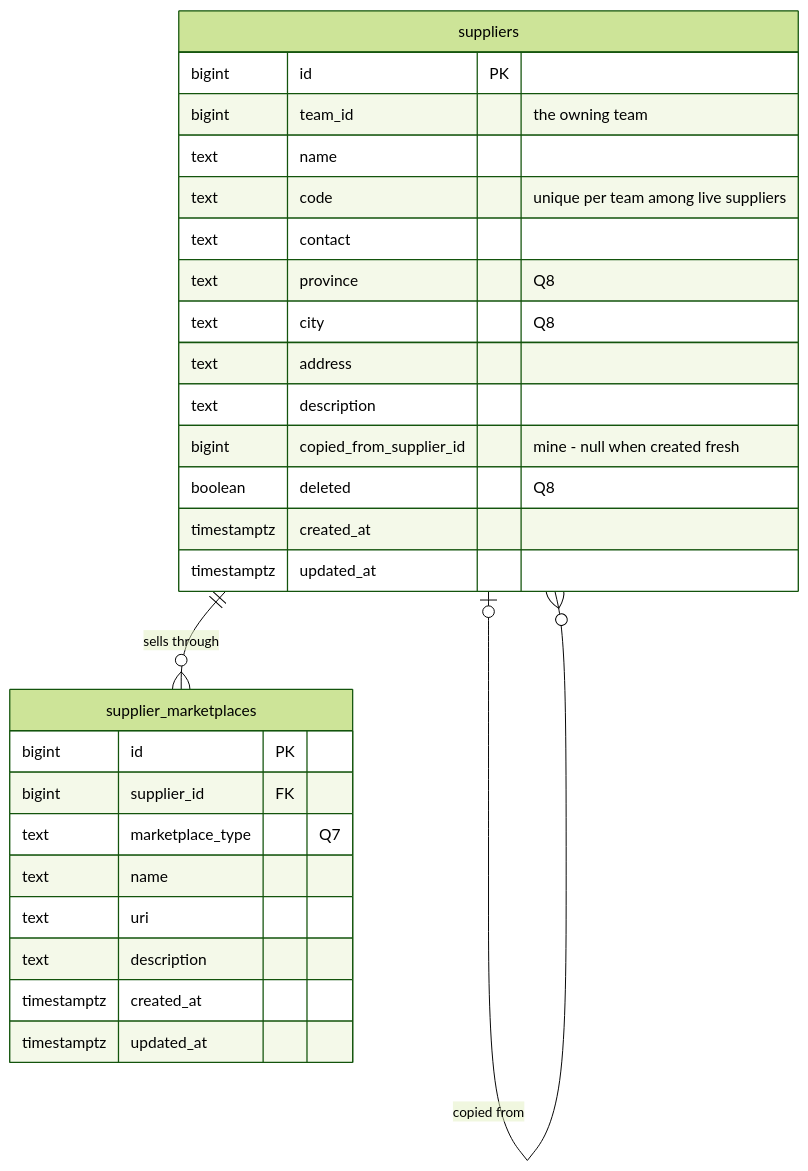
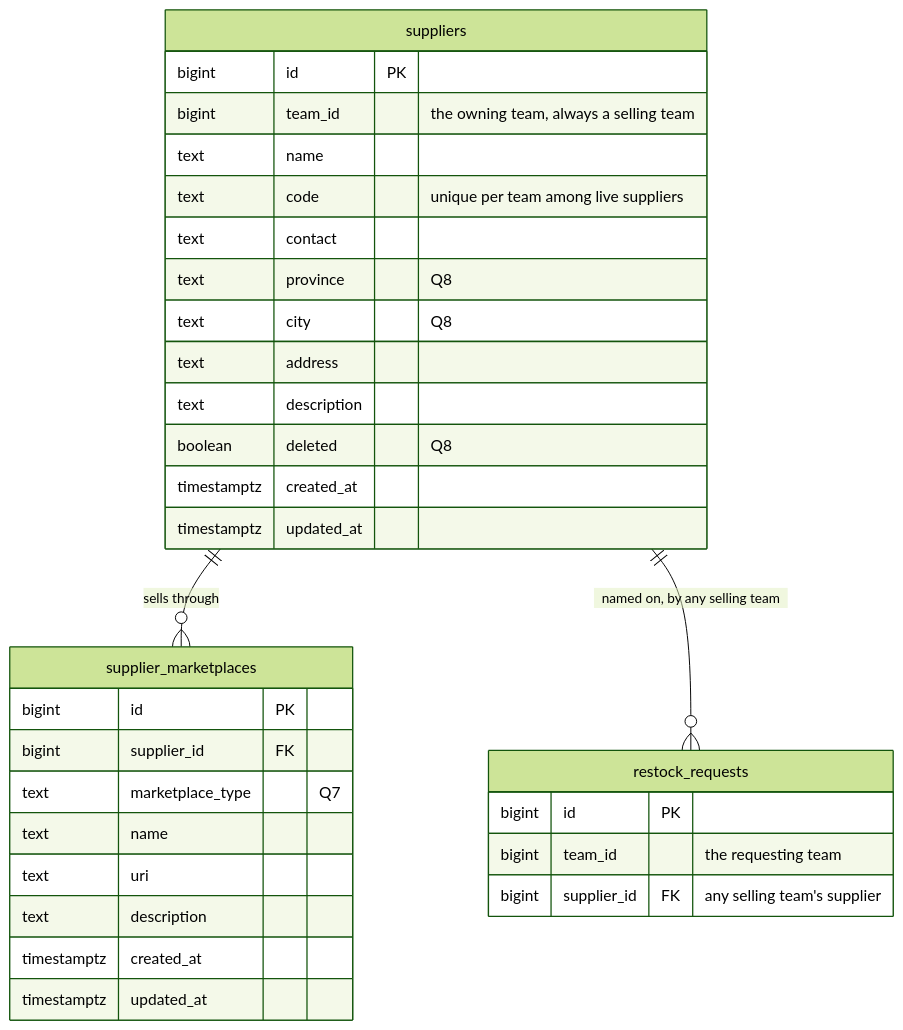
One commit to pdcgo/warehouse_revamp changed the second of 5 diagrams in docs/business/supplier/context_clarify.md. Above: the diagram before and after it, drawn with Mermaid (forest theme). The commit also changed other lines of this file and 3 other files, not shown here.

First line of the commit message:
supplier: Q1 answered - a team restocks from another team's supplier, no copy

````diff
--- a/docs/business/supplier/context_clarify.md
+++ b/docs/business/supplier/context_clarify.md
@@ -66,30 +75,34 @@
 ```mermaid
 erDiagram
   suppliers ||--o{ supplier_marketplaces : "sells through"
-  suppliers |o--o{ suppliers : "copied from"
+  suppliers ||--o{ restock_requests : "named on, by any selling team"
   suppliers {
     bigint id PK
-    bigint team_id "the owning team"
+    bigint team_id "the owning team, always a selling team"
     text name
     text code "unique per team among live suppliers"
     text contact
     text province "Q8"
     text city "Q8"
     text address
     text description
-    bigint copied_from_supplier_id "mine - null when created fresh"
     boolean deleted "Q8"
     timestamptz created_at
     timestamptz updated_at
   }
   supplier_marketplaces {
     bigint id PK
     bigint supplier_id FK
     text marketplace_type "Q7"
     text name
     text uri
     text description
     timestamptz created_at
     timestamptz updated_at
   }
+  restock_requests {
+    bigint id PK
+    bigint team_id "the requesting team"
+    bigint supplier_id FK "any selling team's supplier"
+  }
 ```
````
